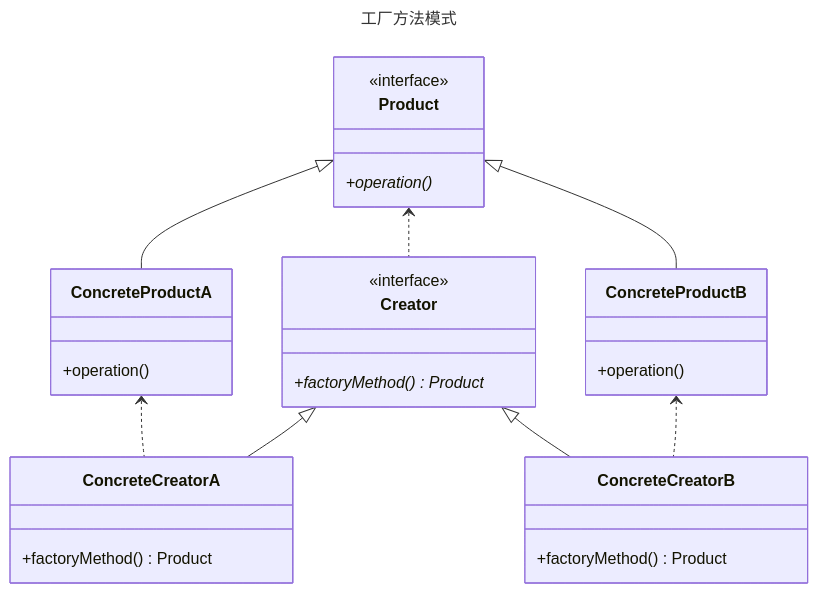
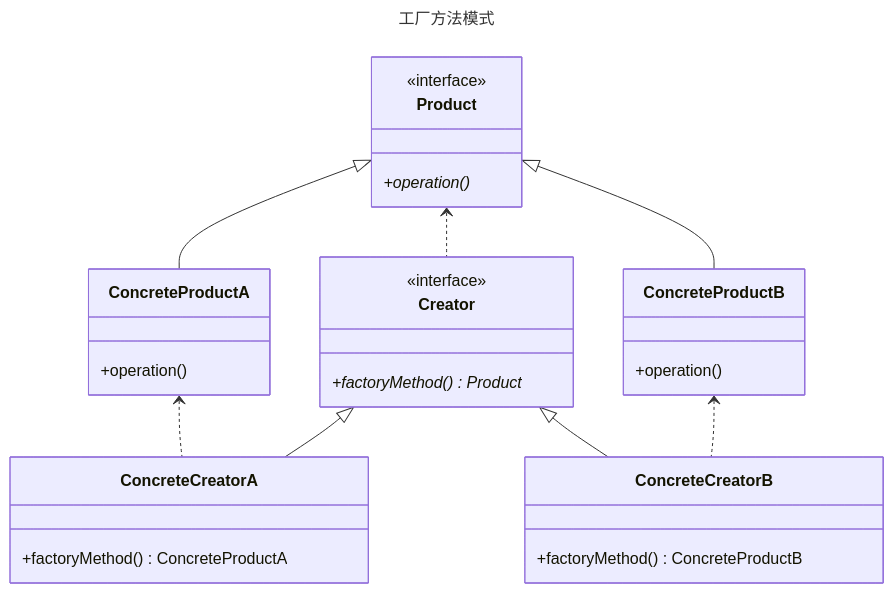
One commit to fengyun89/typescript-design-patterns changed the diagram in factory-method/README.md. Above: the diagram before and after it, drawn with Mermaid. The commit also changed 6 other files, not shown here.

````diff
--- a/factory-method/README.md
+++ b/factory-method/README.md
@@ -1,33 +1,33 @@
 ```mermaid
 ---
 title: 工厂方法模式
 ---
 classDiagram
     class Product {
         <<interface>>
         +operation()*
     }
     class ConcreteProductA {
         +operation()
     }
     class ConcreteProductB {
         +operation()
     }
     class Creator {
         <<interface>>
         +factoryMethod()* Product
     }
     class ConcreteCreatorA {
-        +factoryMethod() Product
+        +factoryMethod() ConcreteProductA
     }
     class ConcreteCreatorB {
-        +factoryMethod() Product
+        +factoryMethod() ConcreteProductB
     }
     Product <|-- ConcreteProductA
     Product <.. Creator
     Product <|-- ConcreteProductB
     ConcreteProductA <.. ConcreteCreatorA
     Creator <|-- ConcreteCreatorA
     Creator <|-- ConcreteCreatorB
     ConcreteProductB <.. ConcreteCreatorB
 ```
````
